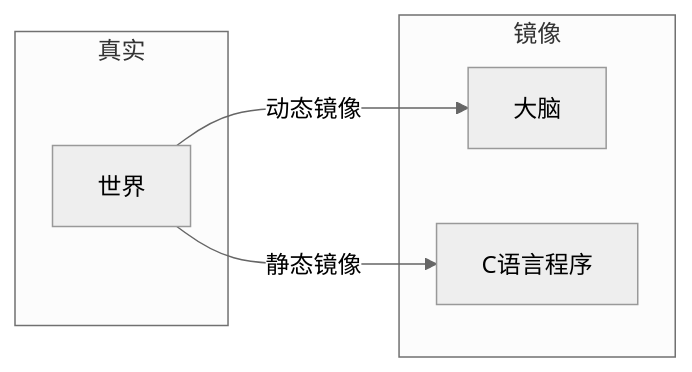
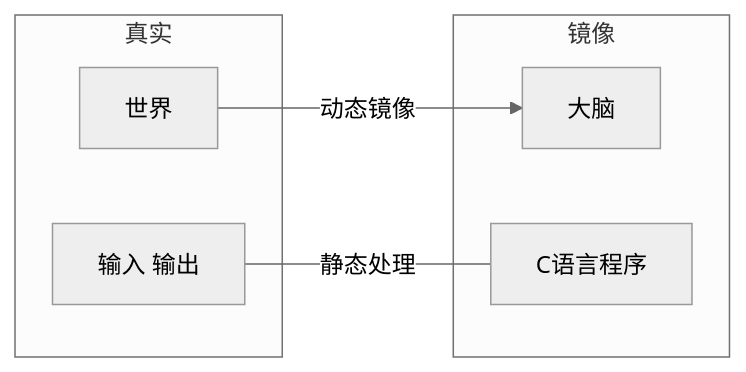
Before and after one commit to xuan07472/embedded_programming_skills: the first of 4 diagrams in 0_doc/02-C语言框架讲解.md, drawn with Mermaid (neutral theme). The commit also changed other lines of this file, not shown here.

````diff
--- a/0_doc/02-C语言框架讲解.md
+++ b/0_doc/02-C语言框架讲解.md
@@ -17,12 +20,13 @@
 ```mermaid
 graph LR
 subgraph 真实
 A[世界]
+A1[输入 输出]
 end
 subgraph 镜像
 B[大脑]
 C[C语言程序]
 end
 A --动态镜像--> B
-A --静态镜像--> C
+A1 --静态处理--- C
 ```
````
